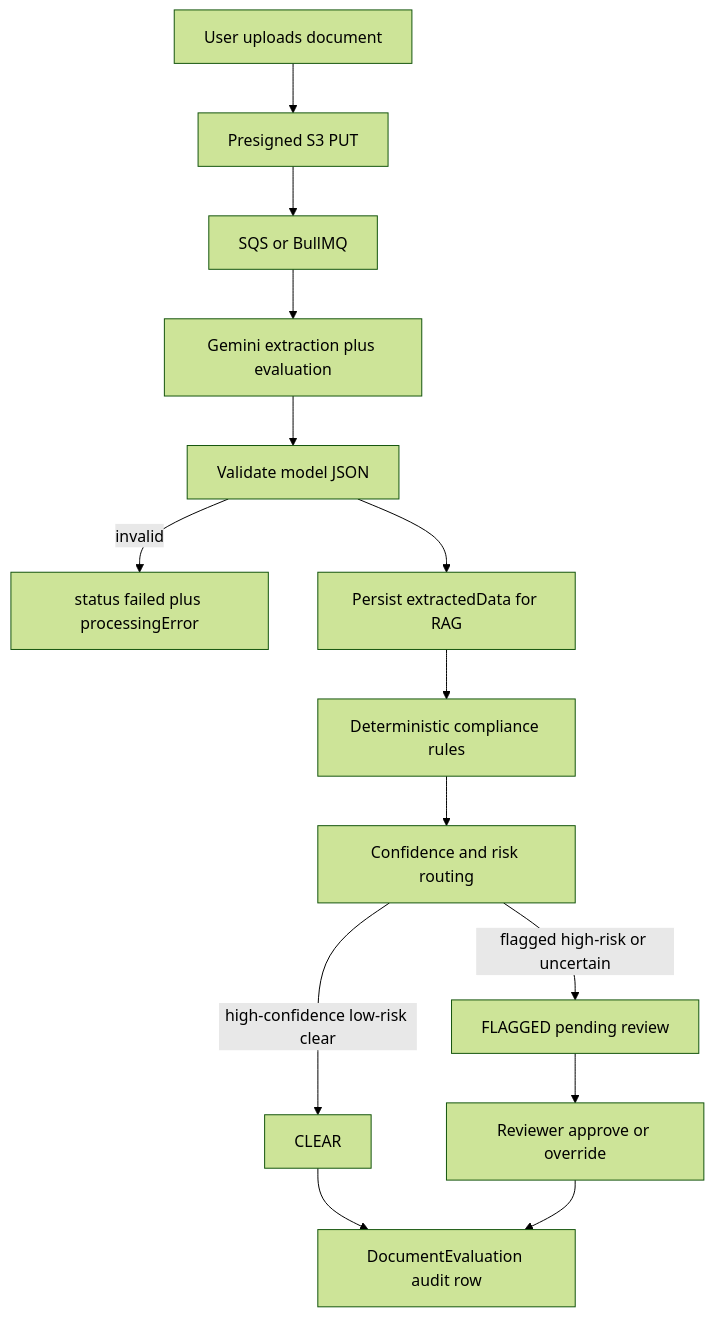
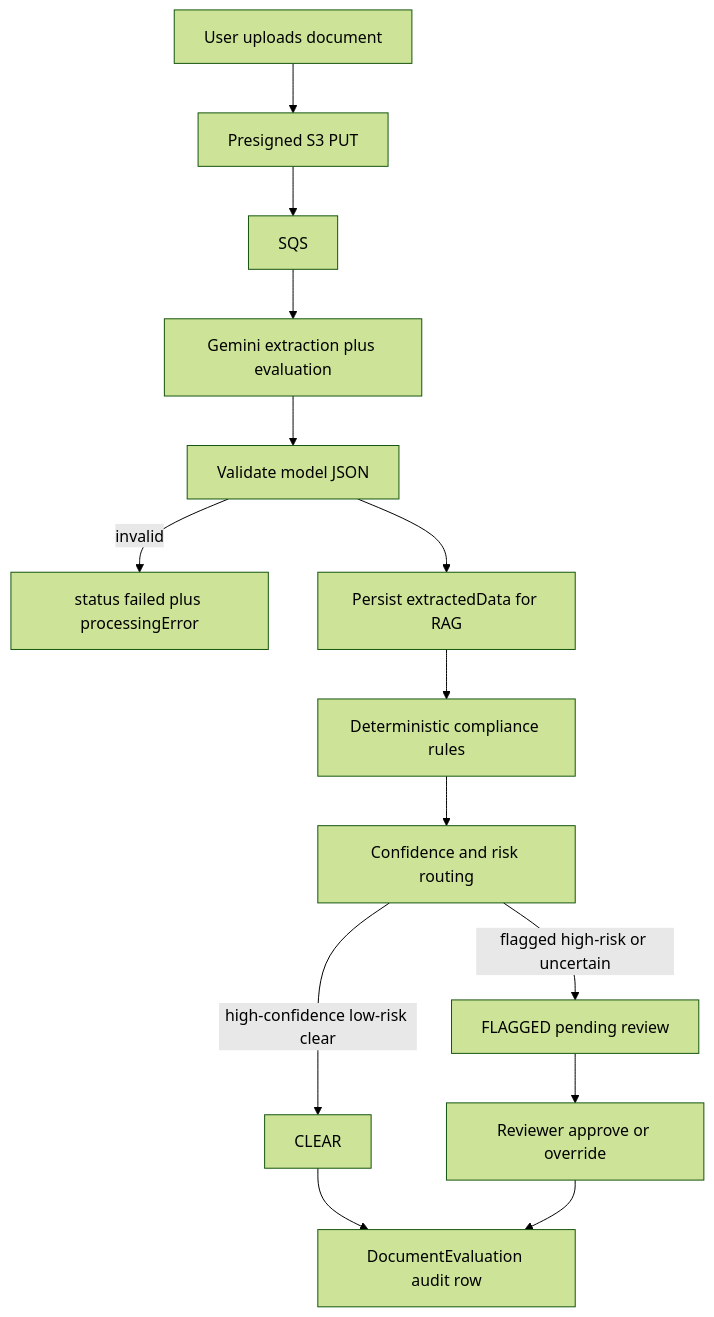
One commit to Vanndavid/AiCompliance changed the diagram in README.md. Above: the diagram before and after it, drawn with Mermaid (forest theme). The commit also changed other lines of this file and 30 other files, not shown here.

````diff
--- a/README.md
+++ b/README.md
@@ -103,16 +103,16 @@
 ```mermaid
 flowchart TD
   upload[User uploads document] --> s3[Presigned S3 PUT]
-  s3 --> queue[SQS or BullMQ]
+  s3 --> queue[SQS]
   queue --> llm[Gemini extraction plus evaluation]
   llm --> validate[Validate model JSON]
   validate -->|invalid| failed[status failed plus processingError]
   validate --> extract[Persist extractedData for RAG]
   extract --> rules[Deterministic compliance rules]
   rules --> route[Confidence and risk routing]
   route -->|high-confidence low-risk clear| clear[CLEAR]
   route -->|flagged high-risk or uncertain| review[FLAGGED pending review]
   review --> human[Reviewer approve or override]
   clear --> audit[DocumentEvaluation audit row]
   human --> audit
 ```
````
